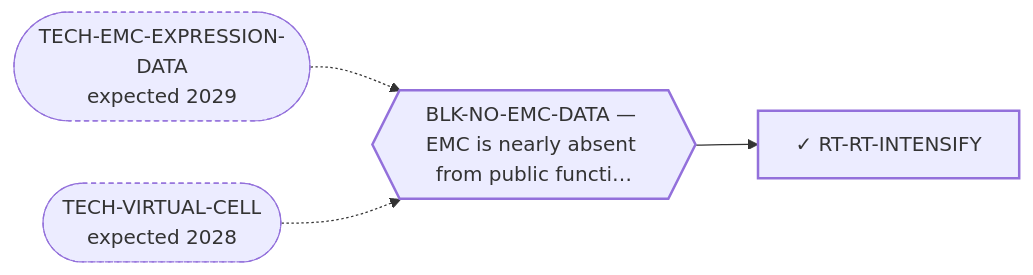
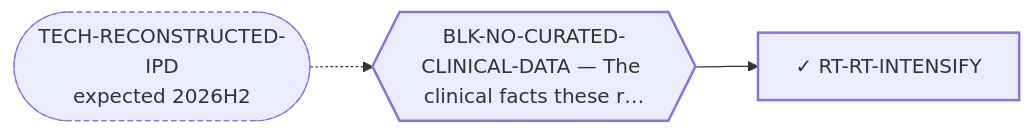
One commit to trimcrae/Rare-cancers changed the diagram in systems/views/L2-rt-rt-intensify.md. Above: the diagram before and after it, drawn with Mermaid. The commit also changed other lines of this file and 41 other files, not shown here.

````diff
--- a/systems/views/L2-rt-rt-intensify.md
+++ b/systems/views/L2-rt-rt-intensify.md
@@ -27,14 +27,12 @@
 ```mermaid
 flowchart LR
   RT_RT_INTENSIFY["✓ RT-RT-INTENSIFY"]:::fam
-  BLK_NO_EMC_DATA{{"BLK-NO-EMC-DATA — EMC is nearly absent from public functi…"}}:::blk
-  BLK_NO_EMC_DATA --> RT_RT_INTENSIFY
-  TECH_EMC_EXPRESSION_DATA(["TECH-EMC-EXPRESSION-DATA<br/>expected 2029"]):::tech
-  TECH_EMC_EXPRESSION_DATA -.-> BLK_NO_EMC_DATA
-  TECH_VIRTUAL_CELL(["TECH-VIRTUAL-CELL<br/>expected 2028"]):::tech
-  TECH_VIRTUAL_CELL -.-> BLK_NO_EMC_DATA
+  BLK_NO_CURATED_CLINICAL_DATA{{"BLK-NO-CURATED-CLINICAL-DATA — The clinical facts these r…"}}:::blk
+  BLK_NO_CURATED_CLINICAL_DATA --> RT_RT_INTENSIFY
+  TECH_RECONSTRUCTED_IPD(["TECH-RECONSTRUCTED-IPD<br/>expected 2026H2"]):::tech
+  TECH_RECONSTRUCTED_IPD -.-> BLK_NO_CURATED_CLINICAL_DATA
   classDef fam stroke-width:2px;
   classDef blk stroke-width:2px;
   classDef perm stroke-width:4px;
   classDef tech stroke-width:1px,stroke-dasharray:4 3;
 ```
````
